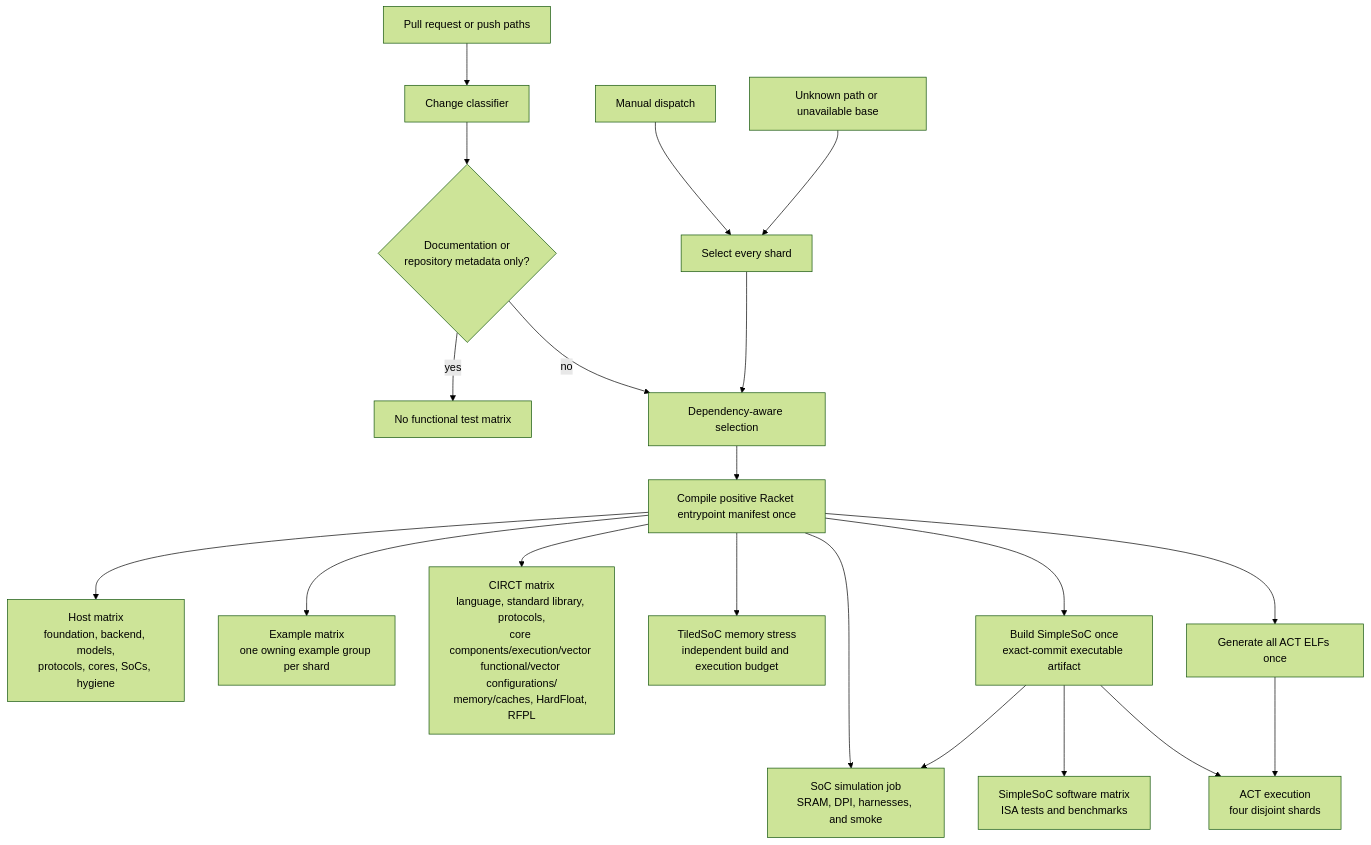
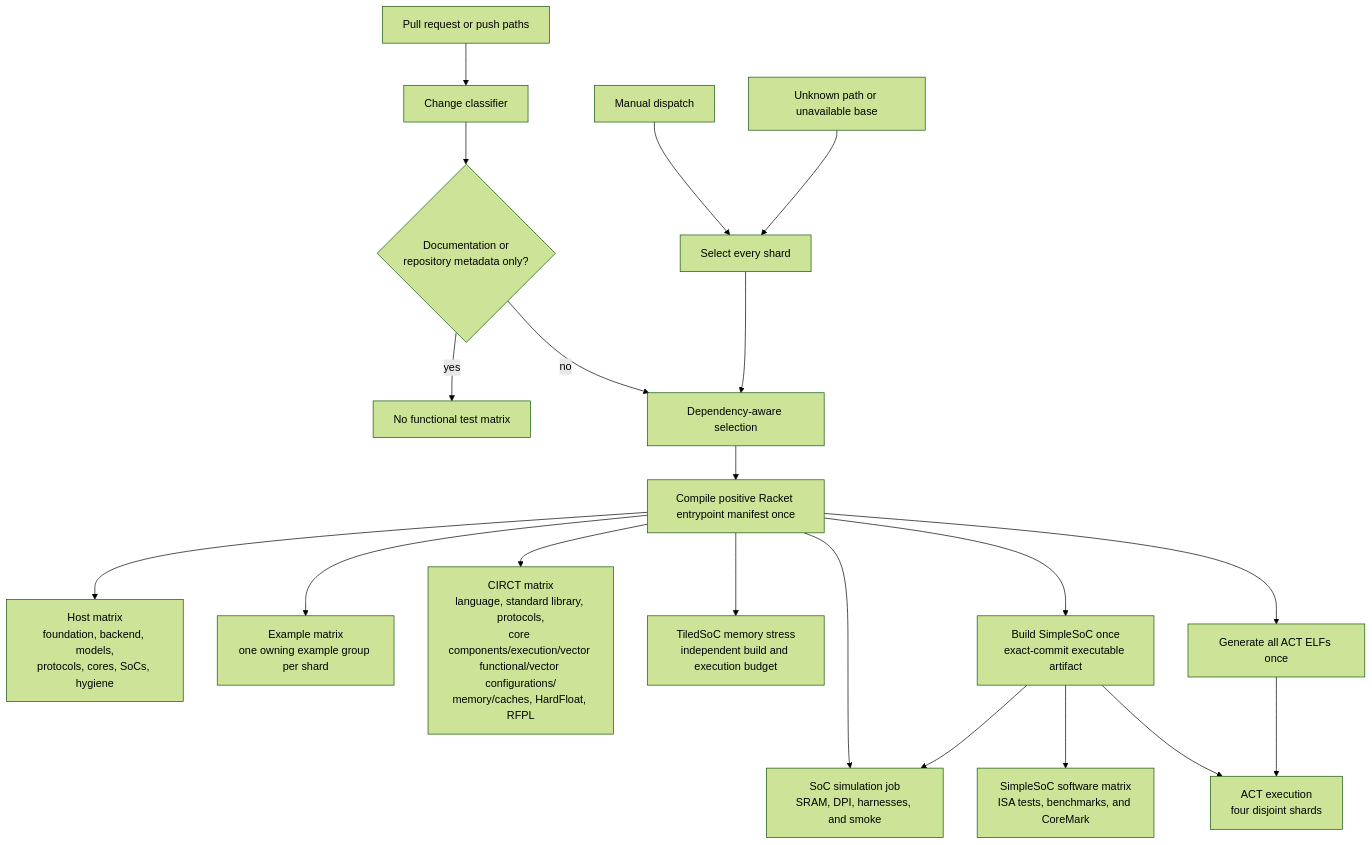
Before and after one commit to jerryz123/rhodium: the diagram in tools/testing/DEVELOPING.md, drawn with Mermaid (forest theme). The commit also changed other lines of this file and 19 other files, not shown here.

````diff
--- a/tools/testing/DEVELOPING.md
+++ b/tools/testing/DEVELOPING.md
@@ -76,22 +76,22 @@
 ```mermaid
 flowchart TD
     Changes["Pull request or push paths"] --> Classifier["Change classifier"]
     Manual["Manual dispatch"] --> All["Select every shard"]
     Unknown["Unknown path or unavailable base"] --> All
     Classifier --> Docs{"Documentation or<br/>repository metadata only?"}
     Docs -->|yes| None["No functional test matrix"]
     Docs -->|no| Selected["Dependency-aware selection"]
     All --> Selected
     Selected --> Compile["Compile positive Racket entrypoint manifest once"]
     Compile --> Host["Host matrix<br/>foundation, backend, models,<br/>protocols, cores, SoCs, hygiene"]
     Compile --> Examples["Example matrix<br/>one owning example group per shard"]
     Compile --> CIRCT["CIRCT matrix<br/>language, standard library, protocols,<br/>core components/execution/vector functional/vector configurations/<br/>memory/caches, HardFloat, RFPL"]
     Compile --> Simulation["SoC simulation job<br/>SRAM, DPI, harnesses, and smoke"]
     Compile --> TiledMemory["TiledSoC memory stress<br/>independent build and execution budget"]
     Compile --> SimpleBuild["Build SimpleSoC once<br/>exact-commit executable artifact"]
     SimpleBuild --> Simulation
-    SimpleBuild --> Programs["SimpleSoC software matrix<br/>ISA tests and benchmarks"]
+    SimpleBuild --> Programs["SimpleSoC software matrix<br/>ISA tests, benchmarks, and CoreMark"]
     Compile --> ActBuild["Generate all ACT ELFs once"]
     SimpleBuild --> ActRun["ACT execution<br/>four disjoint shards"]
     ActBuild --> ActRun
 ```
````
